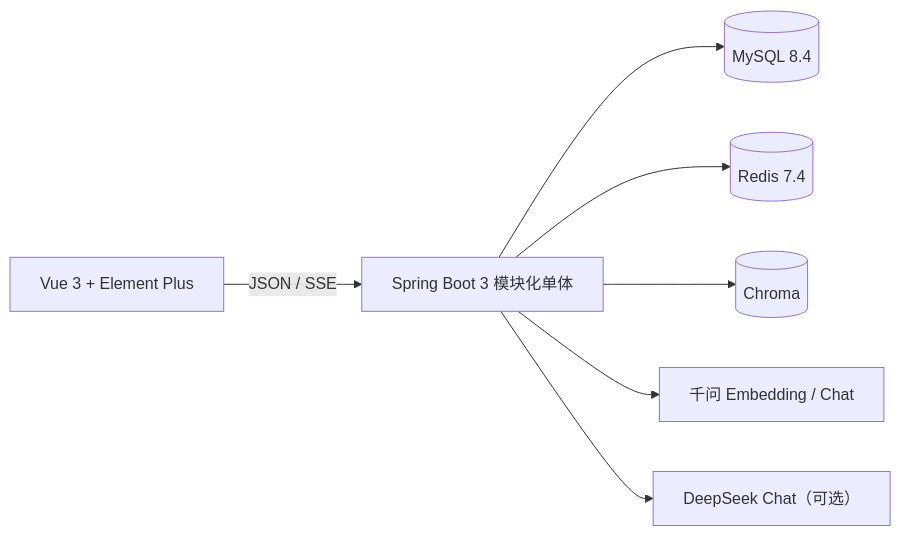
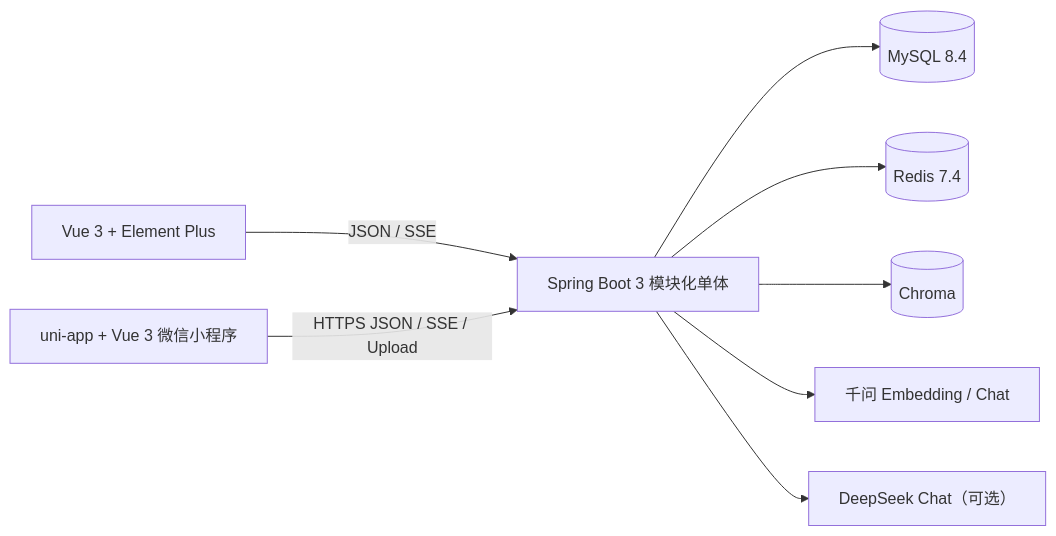
The diagram in README.md (CHD-Avril/BrainOS), drawn with Mermaid before and after one commit. The commit also changed other lines of this file and 7 other files, not shown here.

````diff
--- a/README.md
+++ b/README.md
@@ -17,9 +17,10 @@
 ```mermaid
 flowchart LR
     Browser["Vue 3 + Element Plus"] -->|JSON / SSE| API["Spring Boot 3 模块化单体"]
+    MiniProgram["uni-app + Vue 3 微信小程序"] -->|HTTPS JSON / SSE / Upload| API
     API --> MySQL[(MySQL 8.4)]
     API --> Redis[(Redis 7.4)]
     API --> Chroma[(Chroma)]
     API --> Qwen["千问 Embedding / Chat"]
     API --> DeepSeek["DeepSeek Chat（可选）"]
 ```
````
